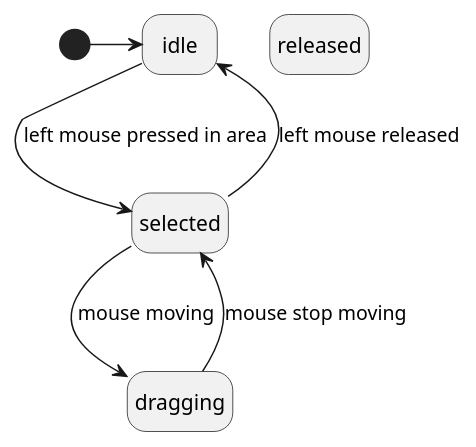
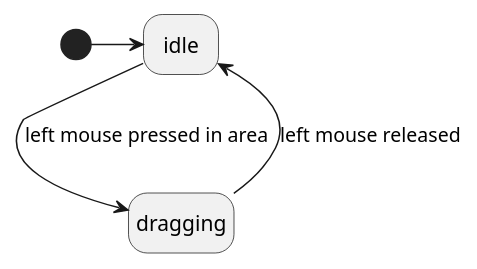
The diagram in src/Sandbox/diagrams/drag-n-drop-state.puml (SnekTech/GodotSandbox), drawn with PlantUML before and after one commit. The commit also changed 22 other files, not shown here.

```diff
--- a/src/Sandbox/diagrams/drag-n-drop-state.puml
+++ b/src/Sandbox/diagrams/drag-n-drop-state.puml
@@ -1,21 +1,15 @@
 @startuml
 'https://plantuml.com/state-diagram
 
 hide empty description
 
 state idle
-state selected
 state dragging
-state released
 
 [*] -> idle
 
-idle --> selected : left mouse pressed in area
+idle --> dragging : left mouse pressed in area
 
-selected --> dragging : mouse moving
-
-dragging --> selected : mouse stop moving
-
-selected --> idle : left mouse released
+dragging --> idle : left mouse released
 
 @enduml
```
